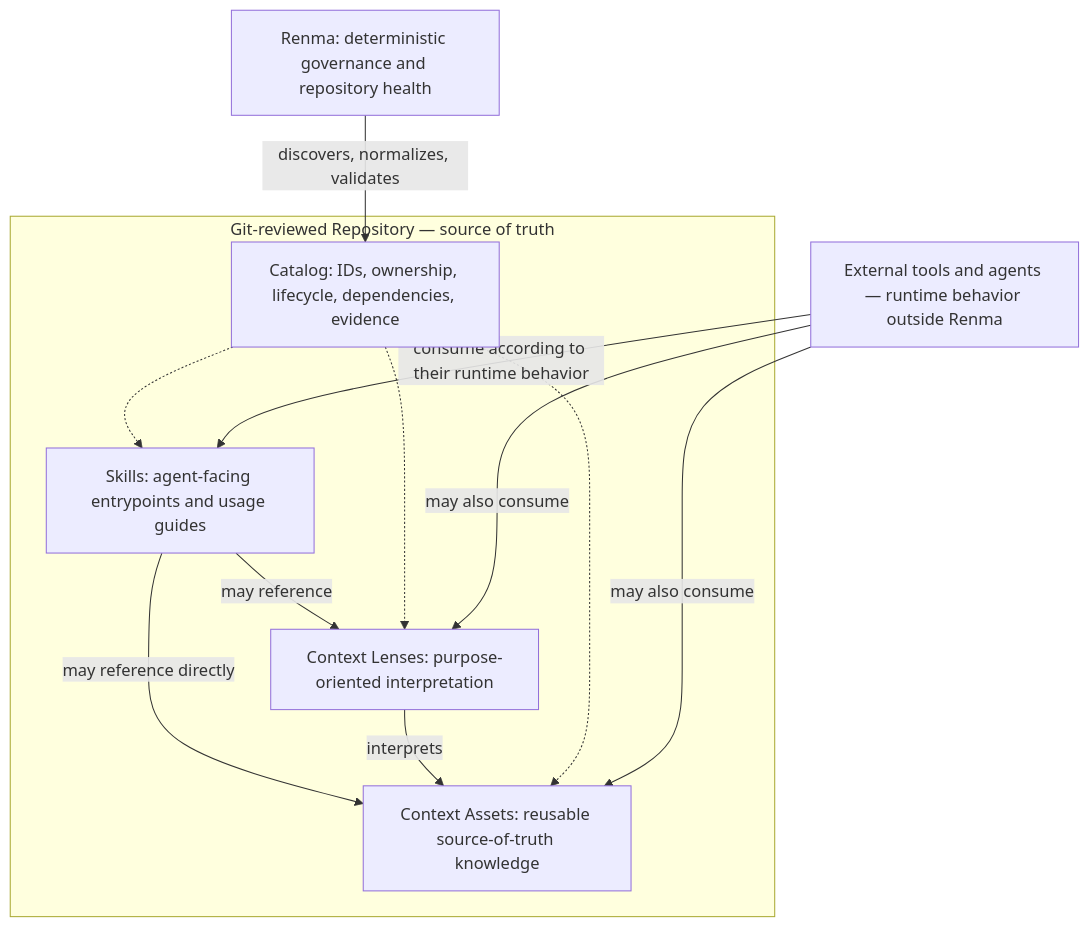
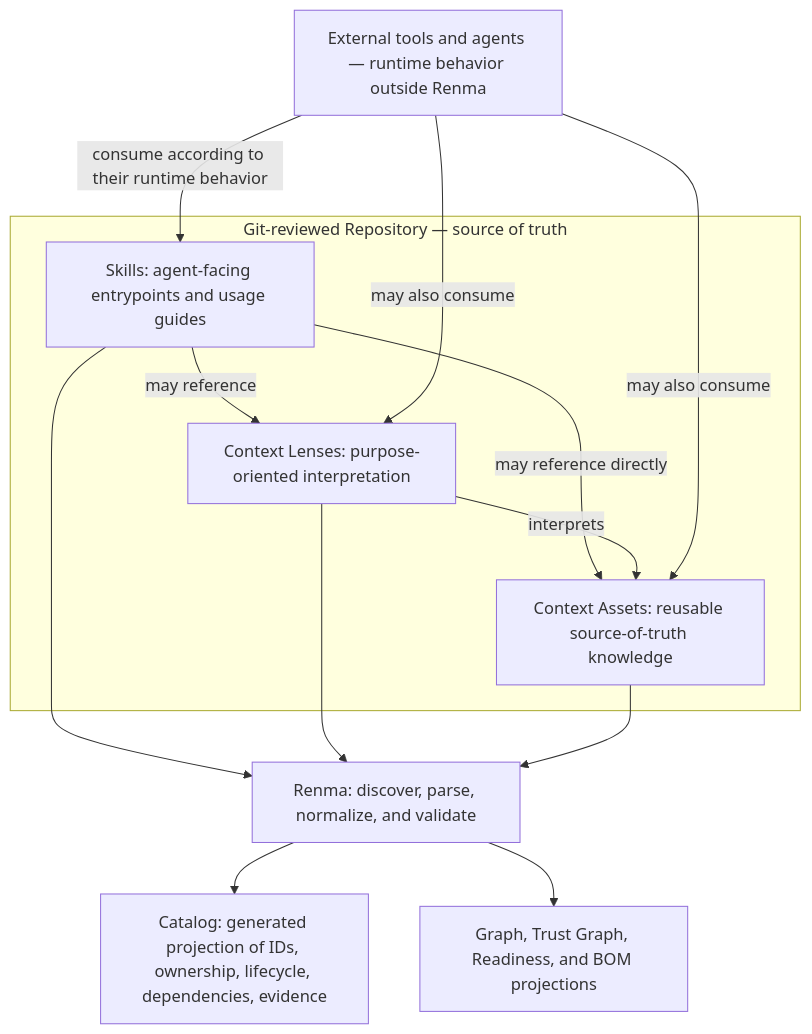
One commit to KazuCocoa/renma changed the diagram in README.md. Above: the diagram before and after it, drawn with Mermaid. The commit also changed other lines of this file and 9 other files, not shown here.

````diff
--- a/README.md
+++ b/README.md
@@ -66,21 +68,23 @@
 ```mermaid
 flowchart TD
   subgraph Repository["Git-reviewed Repository — source of truth"]
     Skills["Skills: agent-facing entrypoints and usage guides"]
     Lenses["Context Lenses: purpose-oriented interpretation"]
     Assets["Context Assets: reusable source-of-truth knowledge"]
-    Catalog["Catalog: IDs, ownership, lifecycle, dependencies, evidence"]
+    Skills -->|may reference| Lenses
+    Skills -->|may reference directly| Assets
+    Lenses -->|interprets| Assets
   end
-  Renma["Renma: deterministic governance and repository health"]
+  Renma["Renma: discover, parse, normalize, and validate"]
+  Catalog["Catalog: generated projection of IDs, ownership, lifecycle, dependencies, evidence"]
+  Views["Graph, Trust Graph, Readiness, and BOM projections"]
   Consumers["External tools and agents — runtime behavior outside Renma"]
-  Skills -->|may reference| Lenses
-  Skills -->|may reference directly| Assets
-  Lenses -->|interprets| Assets
-  Catalog -.-> Skills
-  Catalog -.-> Lenses
-  Catalog -.-> Assets
-  Renma -->|discovers, normalizes, validates| Catalog
+  Skills --> Renma
+  Lenses --> Renma
+  Assets --> Renma
+  Renma --> Catalog
+  Renma --> Views
   Consumers -->|consume according to their runtime behavior| Skills
   Consumers -->|may also consume| Lenses
   Consumers -->|may also consume| Assets
 ```
````
